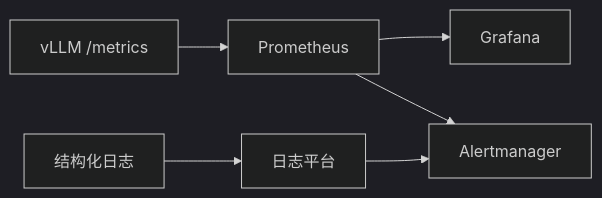
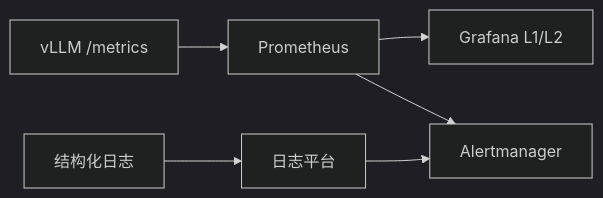
One commit to tqm6666/AIInfraGuide changed the diagram in docs/guides/模块四-推理优化/第10章-生产部署与运维/10.2-可观测性.md. Above: the diagram before and after it, drawn with Mermaid (dark theme). The commit also changed other lines of this file and 4 other files, not shown here.

````diff
--- a/docs/guides/模块四-推理优化/第10章-生产部署与运维/10.2-可观测性.md
+++ b/docs/guides/模块四-推理优化/第10章-生产部署与运维/10.2-可观测性.md
@@ -57,8 +82,8 @@
 ```mermaid
 flowchart LR
     A["vLLM /metrics"] --> B["Prometheus"]
-    B --> C["Grafana"]
+    B --> C["Grafana L1/L2"]
     B --> D["Alertmanager"]
     E["结构化日志"] --> F["日志平台"]
     F --> D
 ```
````
